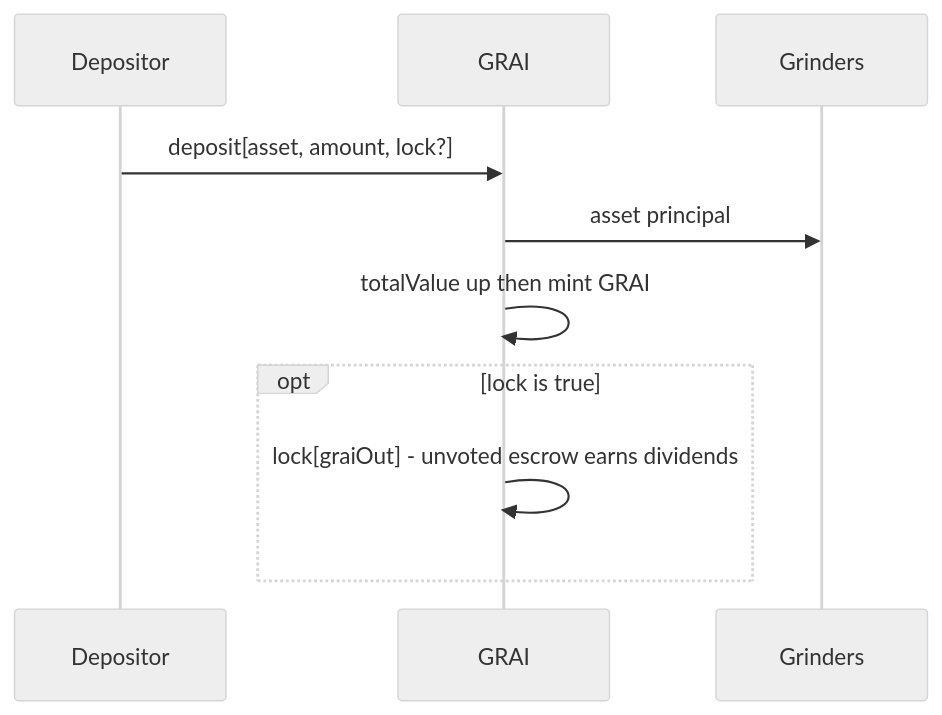
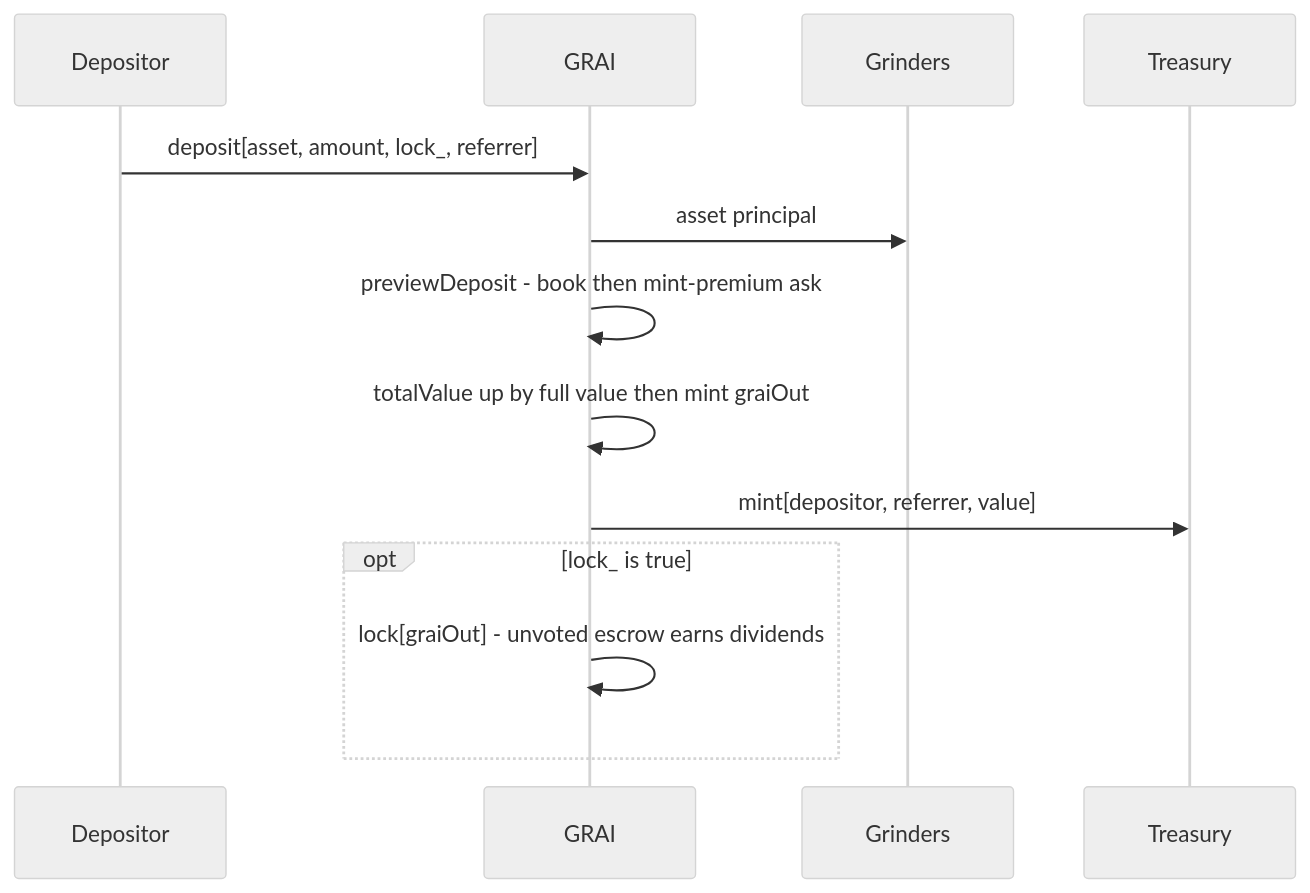
The first of 6 diagrams in protocol/grai/mechanics.md (grindurus/grindurus-docs), drawn with Mermaid (neutral theme) before and after one commit. The commit also changed other lines of this file, not shown here.

````diff
--- a/protocol/grai/mechanics.md
+++ b/protocol/grai/mechanics.md
@@ -114,13 +144,16 @@
 ```mermaid
 sequenceDiagram
     participant D as Depositor
     participant G as GRAI
     participant R as Grinders
+    participant T as Treasury
 
-    D->>G: deposit[asset, amount, lock?]
+    D->>G: deposit[asset, amount, lock_, referrer]
     G->>R: asset principal
-    G->>G: totalValue up then mint GRAI
-    opt lock is true
+    G->>G: previewDeposit - book then mint-premium ask
+    G->>G: totalValue up by full value then mint graiOut
+    G->>T: mint[depositor, referrer, value]
+    opt lock_ is true
         G->>G: lock[graiOut] - unvoted escrow earns dividends
     end
 ```
````
